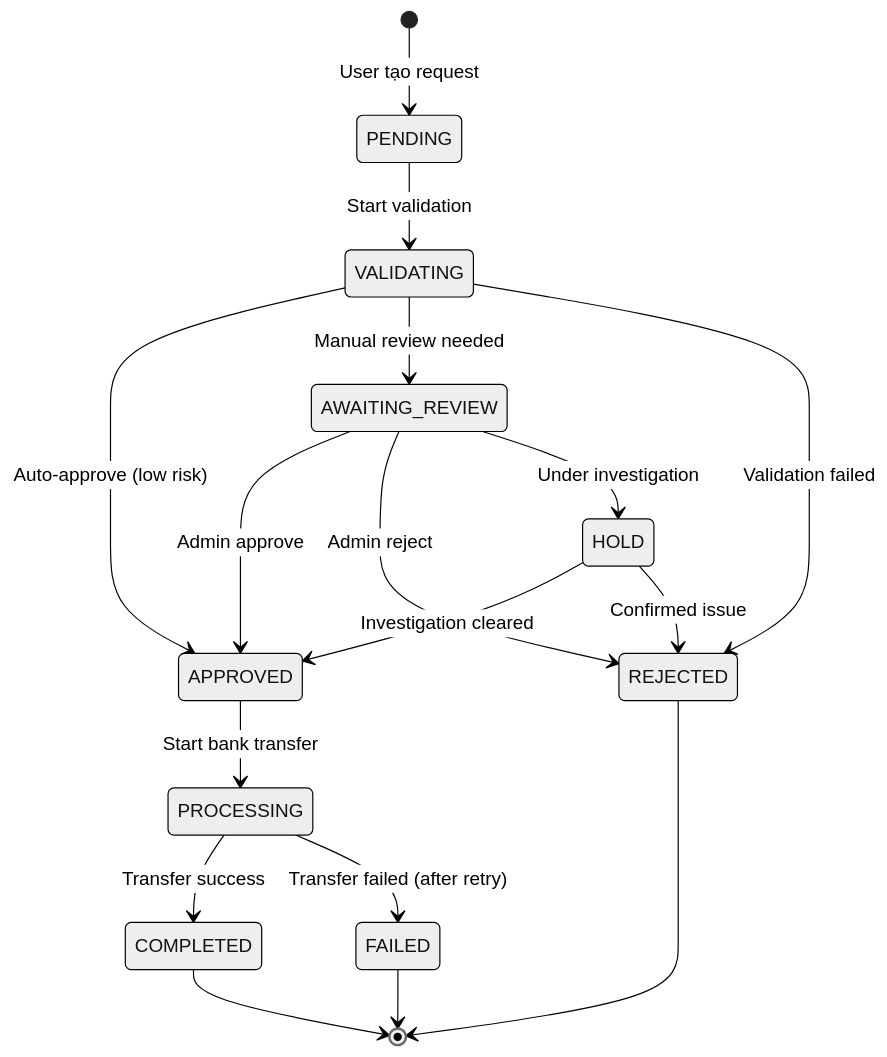
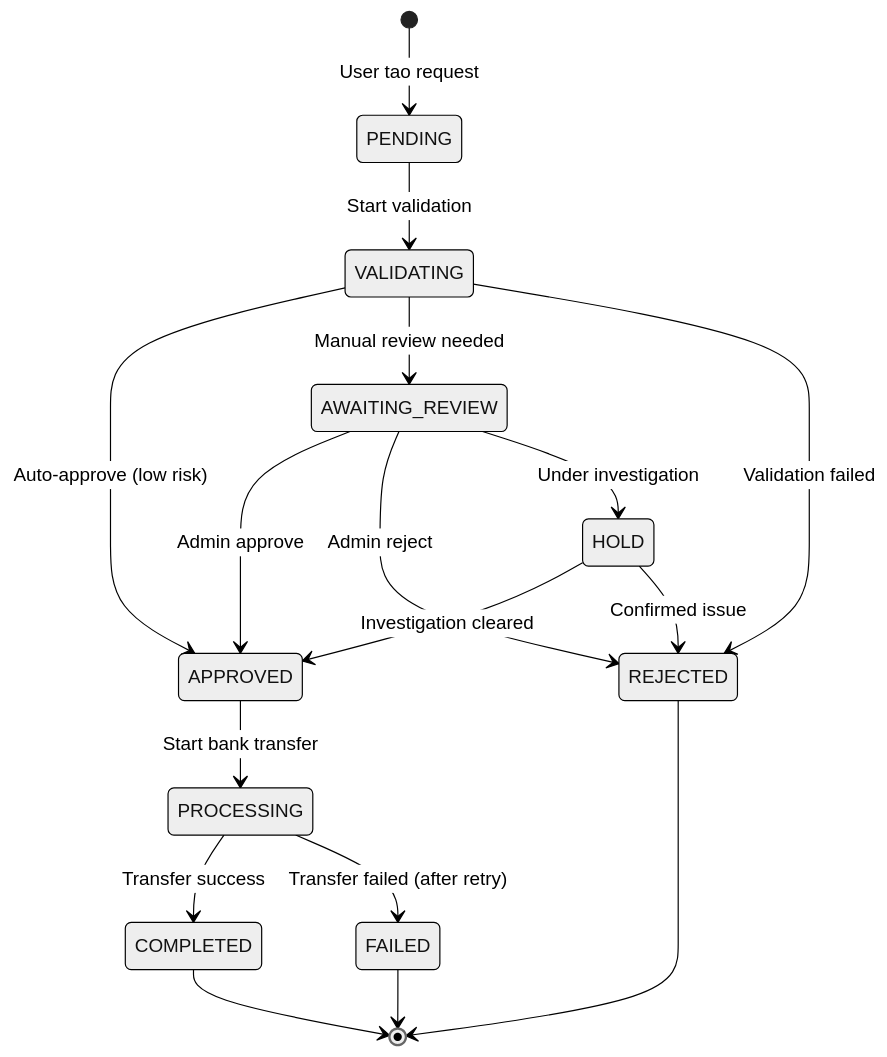
One commit to anhnguyen123312/ShopMMO changed diagram 18 of 19 in mmo-api/docs/v2/TaphoaMMO_Trust_Wallet_V3_Design.md. Above: the diagram before and after it, drawn with Mermaid (neutral theme). The commit also changed other lines of this file and 1 other file, not shown here.

````diff
--- a/mmo-api/docs/v2/TaphoaMMO_Trust_Wallet_V3_Design.md
+++ b/mmo-api/docs/v2/TaphoaMMO_Trust_Wallet_V3_Design.md
@@ -1518,26 +1518,26 @@
 ```mermaid
 stateDiagram-v2
-    [*] --> PENDING: User tạo request
+    [*] --> PENDING: User tao request
     
     PENDING --> VALIDATING: Start validation
     
     VALIDATING --> APPROVED: Auto-approve (low risk)
     VALIDATING --> AWAITING_REVIEW: Manual review needed
     VALIDATING --> REJECTED: Validation failed
     
     AWAITING_REVIEW --> APPROVED: Admin approve
     AWAITING_REVIEW --> REJECTED: Admin reject
     AWAITING_REVIEW --> HOLD: Under investigation
     
     HOLD --> APPROVED: Investigation cleared
     HOLD --> REJECTED: Confirmed issue
     
     APPROVED --> PROCESSING: Start bank transfer
     
     PROCESSING --> COMPLETED: Transfer success
     PROCESSING --> FAILED: Transfer failed (after retry)
     
     REJECTED --> [*]
     COMPLETED --> [*]
     FAILED --> [*]
 ```
````
